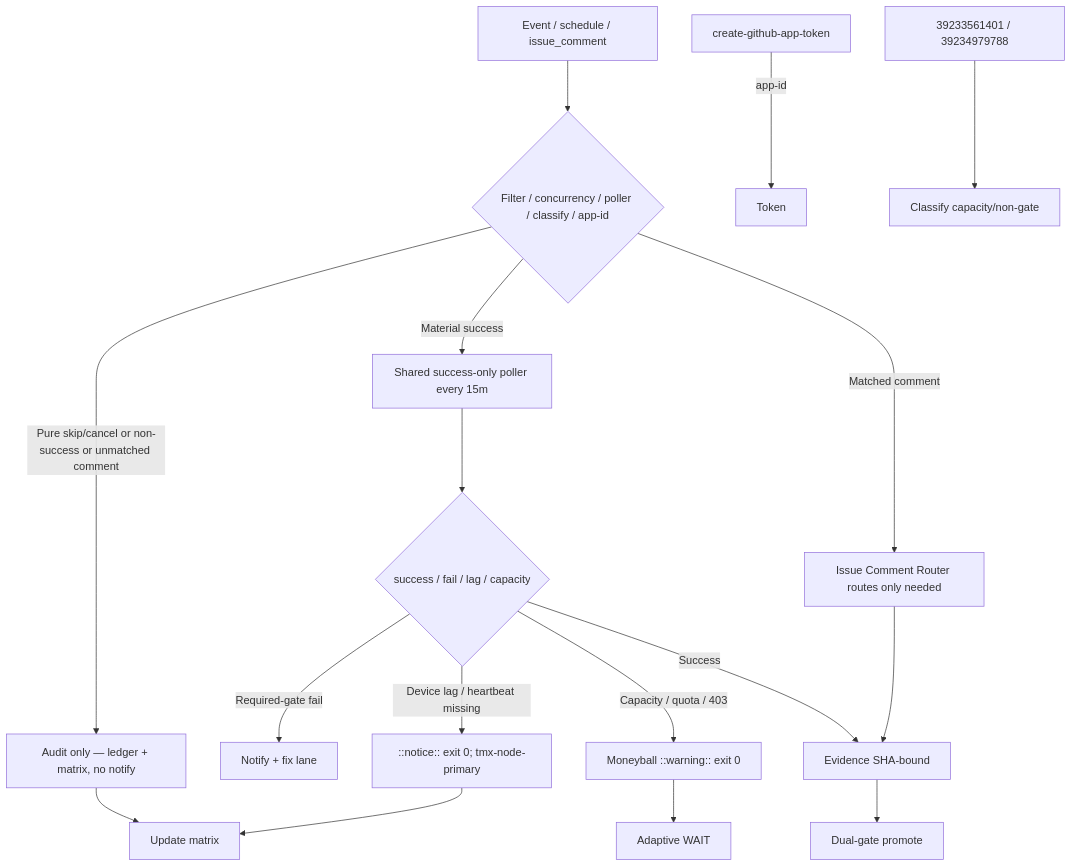
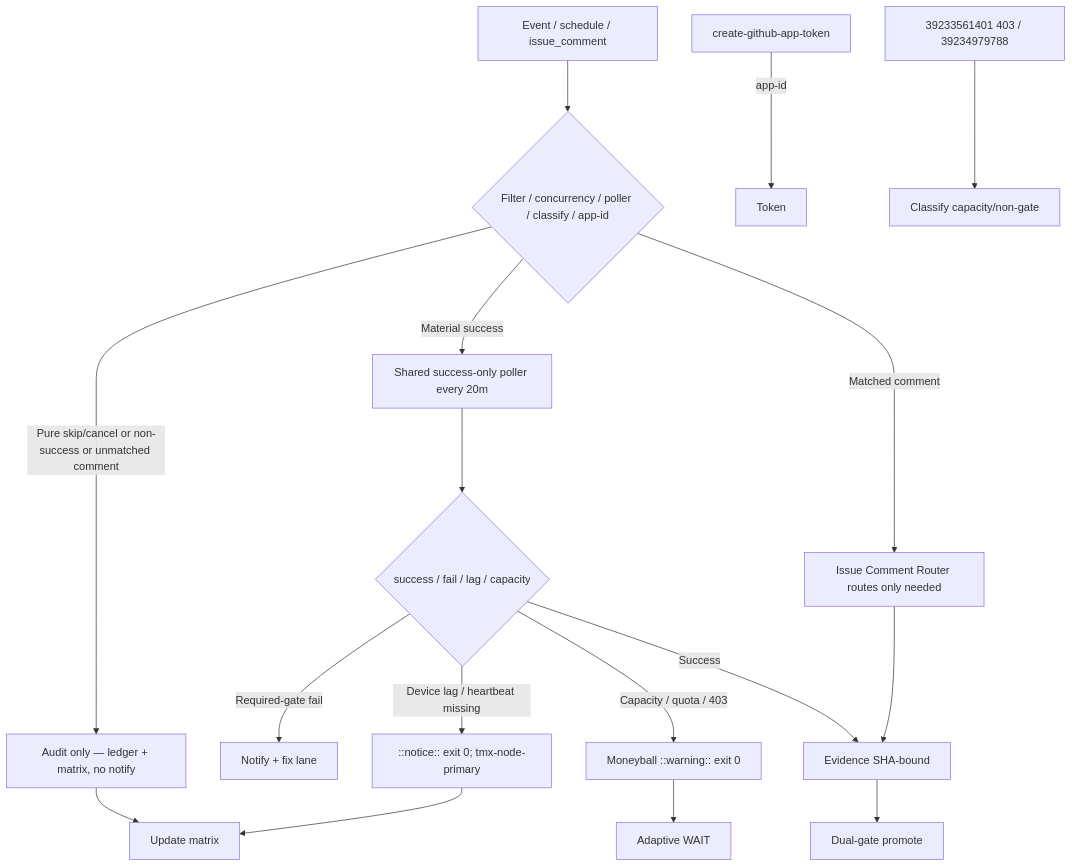
One commit to timerloggedout-spec/termux-monorepo changed the diagram in docs/ops/ACTIONS-CONSOLIDATED-MATRIX-2026-10-28.md. Above: the diagram before and after it, drawn with Mermaid. The commit also changed other lines of this file, not shown here.

First line of the commit message:
ops(matrix): live refresh 2026-10-28T01:00Z — observatory 39233561401 403 capacity confirmed, residual skips audited, poller active, Pinggy #1 reaffirmed

````diff
--- a/docs/ops/ACTIONS-CONSOLIDATED-MATRIX-2026-10-28.md
+++ b/docs/ops/ACTIONS-CONSOLIDATED-MATRIX-2026-10-28.md
@@ -42,19 +42,19 @@
 ```mermaid
 flowchart TD
   Event[Event / schedule / issue_comment] --> Router{Filter / concurrency / poller / classify / app-id}
   Router -->|Pure skip/cancel or non-success or unmatched comment| Audit[Audit only — ledger + matrix, no notify]
-  Router -->|Material success| Poller[Shared success-only poller every 15m]
+  Router -->|Material success| Poller[Shared success-only poller every 20m]
   Router -->|Matched comment| Modular[Issue Comment Router routes only needed]
   Poller --> Classify{success / fail / lag / capacity}
   Classify -->|Required-gate fail| Alert[Notify + fix lane]
   Classify -->|Device lag / heartbeat missing| Notice[::notice:: exit 0; tmx-node-primary]
   Classify -->|Capacity / quota / 403| Defer[Moneyball ::warning:: exit 0]
   Classify -->|Success| Receipt[Evidence SHA-bound]
   Notice --> Matrix[Update matrix]
   Defer --> Wait[Adaptive WAIT]
   Receipt --> Promote[Dual-gate promote]
   Audit --> Matrix
   Modular --> Receipt
   AppToken[create-github-app-token] -->|app-id| Mint[Token]
-  Historical[39233561401 / 39234979788] --> Capacity[Classify capacity/non-gate]
+  Historical[39233561401 403 / 39234979788] --> Capacity[Classify capacity/non-gate]
 ```
````
